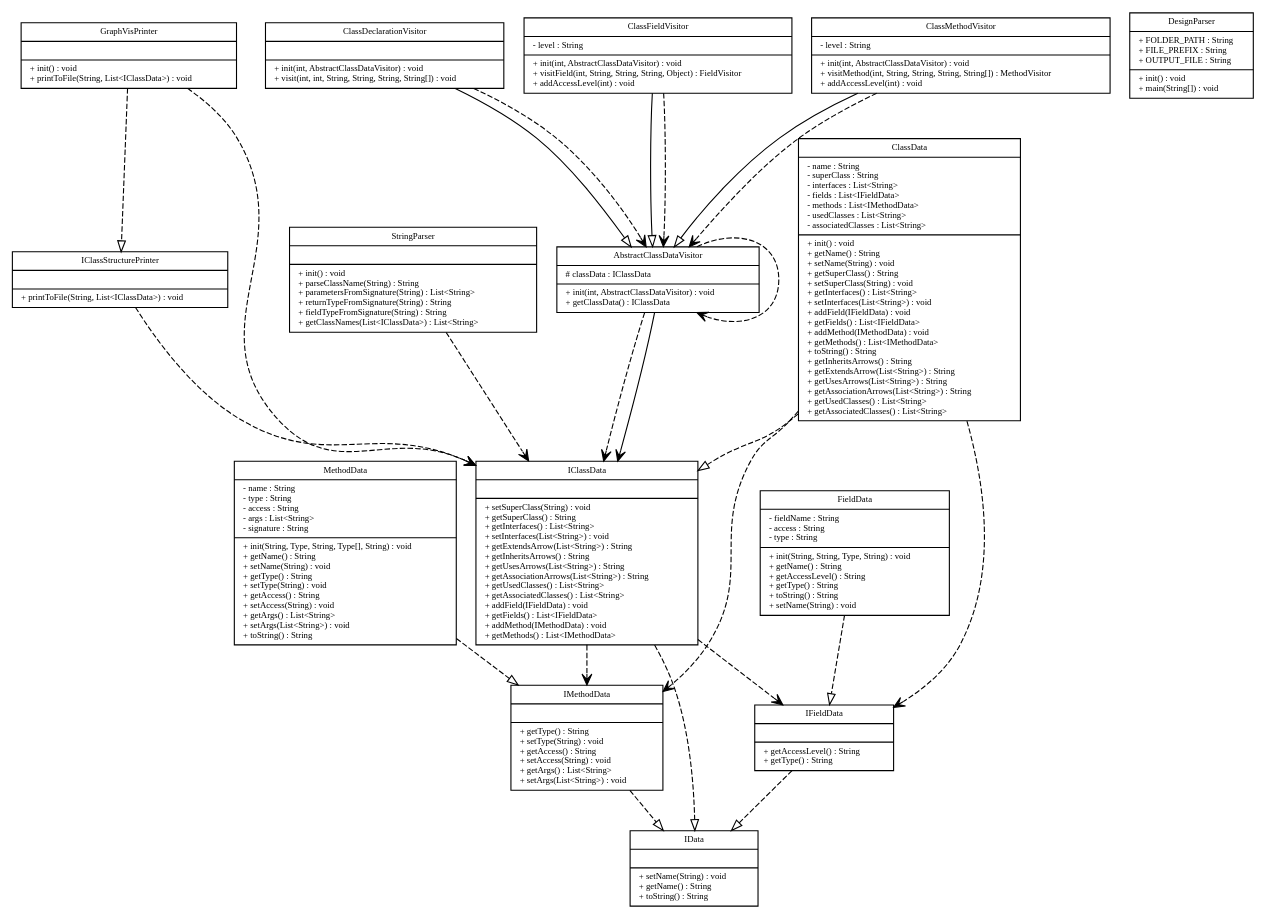
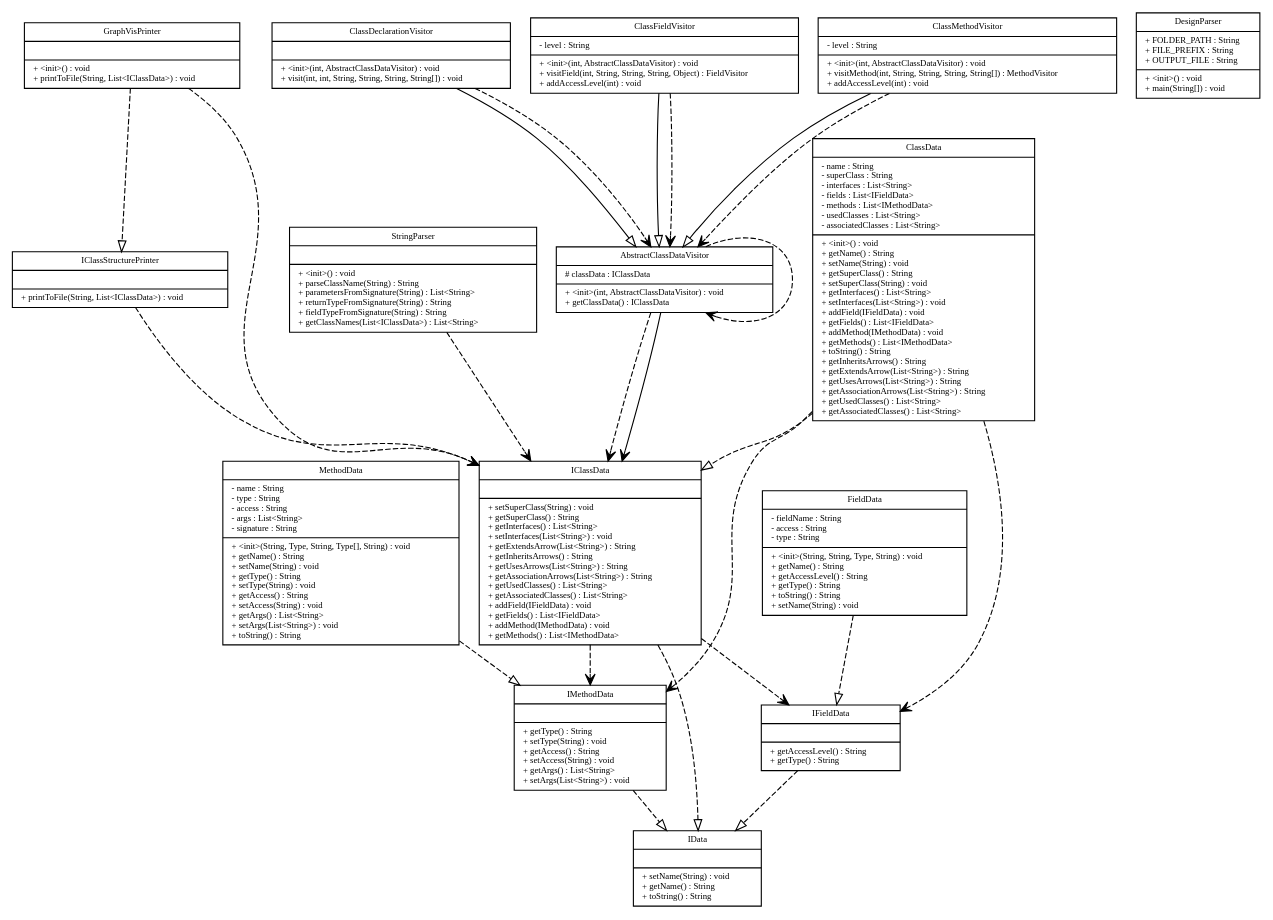
The diagram in input_output/Diagram.gv (LoganErexson/CSSE374TeamProject), drawn with Graphviz before and after one commit. The commit also changed 1 other file, not shown here.

Commit message:
Added arrows for <init>

```diff
--- a/input_output/Diagram.gv
+++ b/input_output/Diagram.gv
@@ -10,7 +10,7 @@
 fontsize =8
 ]
 AbstractClassDataVisitor [
-label = "{AbstractClassDataVisitor|# classData : IClassData\l|+ init(int, AbstractClassDataVisitor) : void\l+ getClassData() : IClassData\l}"
+label = "{AbstractClassDataVisitor|# classData : IClassData\l|+ \<init\>(int, AbstractClassDataVisitor) : void\l+ getClassData() : IClassData\l}"
 ]
 edge [ 
 arrowhead = "vee"
@@ -24,7 +24,7 @@
 ]
 AbstractClassDataVisitor -> IClassData
 ClassData [
-label = "{ClassData|- name : String\l- superClass : String\l- interfaces : List\<String\>\l- fields : List\<IFieldData\>\l- methods : List\<IMethodData\>\l- usedClasses : List\<String\>\l- associatedClasses : List\<String\>\l|+ init() : void\l+ getName() : String\l+ setName(String) : void\l+ getSuperClass() : String\l+ setSuperClass(String) : void\l+ getInterfaces() : List\<String\>\l+ setInterfaces(List\<String\>) : void\l+ addField(IFieldData) : void\l+ getFields() : List\<IFieldData\>\l+ addMethod(IMethodData) : void\l+ getMethods() : List\<IMethodData\>\l+ toString() : String\l+ getInheritsArrows() : String\l+ getExtendsArrow(List\<String\>) : String\l+ getUsesArrows(List\<String\>) : String\l+ getAssociationArrows(List\<String\>) : String\l+ getUsedClasses() : List\<String\>\l+ getAssociatedClasses() : List\<String\>\l}"
+label = "{ClassData|- name : String\l- superClass : String\l- interfaces : List\<String\>\l- fields : List\<IFieldData\>\l- methods : List\<IMethodData\>\l- usedClasses : List\<String\>\l- associatedClasses : List\<String\>\l|+ \<init\>() : void\l+ getName() : String\l+ setName(String) : void\l+ getSuperClass() : String\l+ setSuperClass(String) : void\l+ getInterfaces() : List\<String\>\l+ setInterfaces(List\<String\>) : void\l+ addField(IFieldData) : void\l+ getFields() : List\<IFieldData\>\l+ addMethod(IMethodData) : void\l+ getMethods() : List\<IMethodData\>\l+ toString() : String\l+ getInheritsArrows() : String\l+ getExtendsArrow(List\<String\>) : String\l+ getUsesArrows(List\<String\>) : String\l+ getAssociationArrows(List\<String\>) : String\l+ getUsedClasses() : List\<String\>\l+ getAssociatedClasses() : List\<String\>\l}"
 ]
 edge [ 
 arrowhead = "empty"
@@ -42,7 +42,7 @@
 style = "solid"
 ]
 ClassDeclarationVisitor [
-label = "{ClassDeclarationVisitor||+ init(int, AbstractClassDataVisitor) : void\l+ visit(int, int, String, String, String, String[]) : void\l}"
+label = "{ClassDeclarationVisitor||+ \<init\>(int, AbstractClassDataVisitor) : void\l+ visit(int, int, String, String, String, String[]) : void\l}"
 ]
 edge [ 
 arrowhead = "empty"
@@ -55,7 +55,7 @@
 ]
 ClassDeclarationVisitor -> AbstractClassDataVisitor
 ClassFieldVisitor [
-label = "{ClassFieldVisitor|- level : String\l|+ init(int, AbstractClassDataVisitor) : void\l+ visitField(int, String, String, String, Object) : FieldVisitor\l+ addAccessLevel(int) : void\l}"
+label = "{ClassFieldVisitor|- level : String\l|+ \<init\>(int, AbstractClassDataVisitor) : void\l+ visitField(int, String, String, String, Object) : FieldVisitor\l+ addAccessLevel(int) : void\l}"
 ]
 edge [ 
 arrowhead = "empty"
@@ -72,7 +72,7 @@
 style = "solid"
 ]
 ClassMethodVisitor [
-label = "{ClassMethodVisitor|- level : String\l|+ init(int, AbstractClassDataVisitor) : void\l+ visitMethod(int, String, String, String, String[]) : MethodVisitor\l+ addAccessLevel(int) : void\l}"
+label = "{ClassMethodVisitor|- level : String\l|+ \<init\>(int, AbstractClassDataVisitor) : void\l+ visitMethod(int, String, String, String, String[]) : MethodVisitor\l+ addAccessLevel(int) : void\l}"
 ]
 edge [ 
 arrowhead = "empty"
@@ -89,7 +89,7 @@
 style = "solid"
 ]
 DesignParser [
-label = "{DesignParser|+ FOLDER_PATH : String\l+ FILE_PREFIX : String\l+ OUTPUT_FILE : String\l|+ init() : void\l+ main(String[]) : void\l}"
+label = "{DesignParser|+ FOLDER_PATH : String\l+ FILE_PREFIX : String\l+ OUTPUT_FILE : String\l|+ \<init\>() : void\l+ main(String[]) : void\l}"
 ]
 edge [ 
 arrowhead = "vee"
@@ -100,7 +100,7 @@
 style = "solid"
 ]
 FieldData [
-label = "{FieldData|- fieldName : String\l- access : String\l- type : String\l|+ init(String, String, Type, String) : void\l+ getName() : String\l+ getAccessLevel() : String\l+ getType() : String\l+ toString() : String\l+ setName(String) : void\l}"
+label = "{FieldData|- fieldName : String\l- access : String\l- type : String\l|+ \<init\>(String, String, Type, String) : void\l+ getName() : String\l+ getAccessLevel() : String\l+ getType() : String\l+ toString() : String\l+ setName(String) : void\l}"
 ]
 edge [ 
 arrowhead = "empty"
@@ -116,7 +116,7 @@
 style = "solid"
 ]
 GraphVisPrinter [
-label = "{GraphVisPrinter||+ init() : void\l+ printToFile(String, List\<IClassData\>) : void\l}"
+label = "{GraphVisPrinter||+ \<init\>() : void\l+ printToFile(String, List\<IClassData\>) : void\l}"
 ]
 edge [ 
 arrowhead = "empty"
@@ -182,7 +182,7 @@
 style = "dashed"
 ]
 MethodData [
-label = "{MethodData|- name : String\l- type : String\l- access : String\l- args : List\<String\>\l- signature : String\l|+ init(String, Type, String, Type[], String) : void\l+ getName() : String\l+ setName(String) : void\l+ getType() : String\l+ setType(String) : void\l+ getAccess() : String\l+ setAccess(String) : void\l+ getArgs() : List\<String\>\l+ setArgs(List\<String\>) : void\l+ toString() : String\l}"
+label = "{MethodData|- name : String\l- type : String\l- access : String\l- args : List\<String\>\l- signature : String\l|+ \<init\>(String, Type, String, Type[], String) : void\l+ getName() : String\l+ setName(String) : void\l+ getType() : String\l+ setType(String) : void\l+ getAccess() : String\l+ setAccess(String) : void\l+ getArgs() : List\<String\>\l+ setArgs(List\<String\>) : void\l+ toString() : String\l}"
 ]
 edge [ 
 arrowhead = "empty"
@@ -198,7 +198,7 @@
 style = "solid"
 ]
 StringParser [
-label = "{StringParser||+ init() : void\l+ parseClassName(String) : String\l+ parametersFromSignature(String) : List\<String\>\l+ returnTypeFromSignature(String) : String\l+ fieldTypeFromSignature(String) : String\l+ getClassNames(List\<IClassData\>) : List\<String\>\l}"
+label = "{StringParser||+ \<init\>() : void\l+ parseClassName(String) : String\l+ parametersFromSignature(String) : List\<String\>\l+ returnTypeFromSignature(String) : String\l+ fieldTypeFromSignature(String) : String\l+ getClassNames(List\<IClassData\>) : List\<String\>\l}"
 ]
 edge [ 
 arrowhead = "vee"
```
